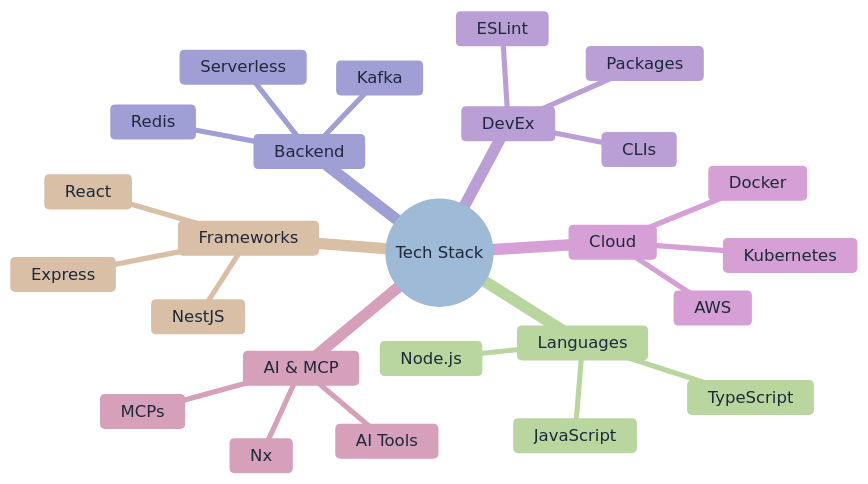
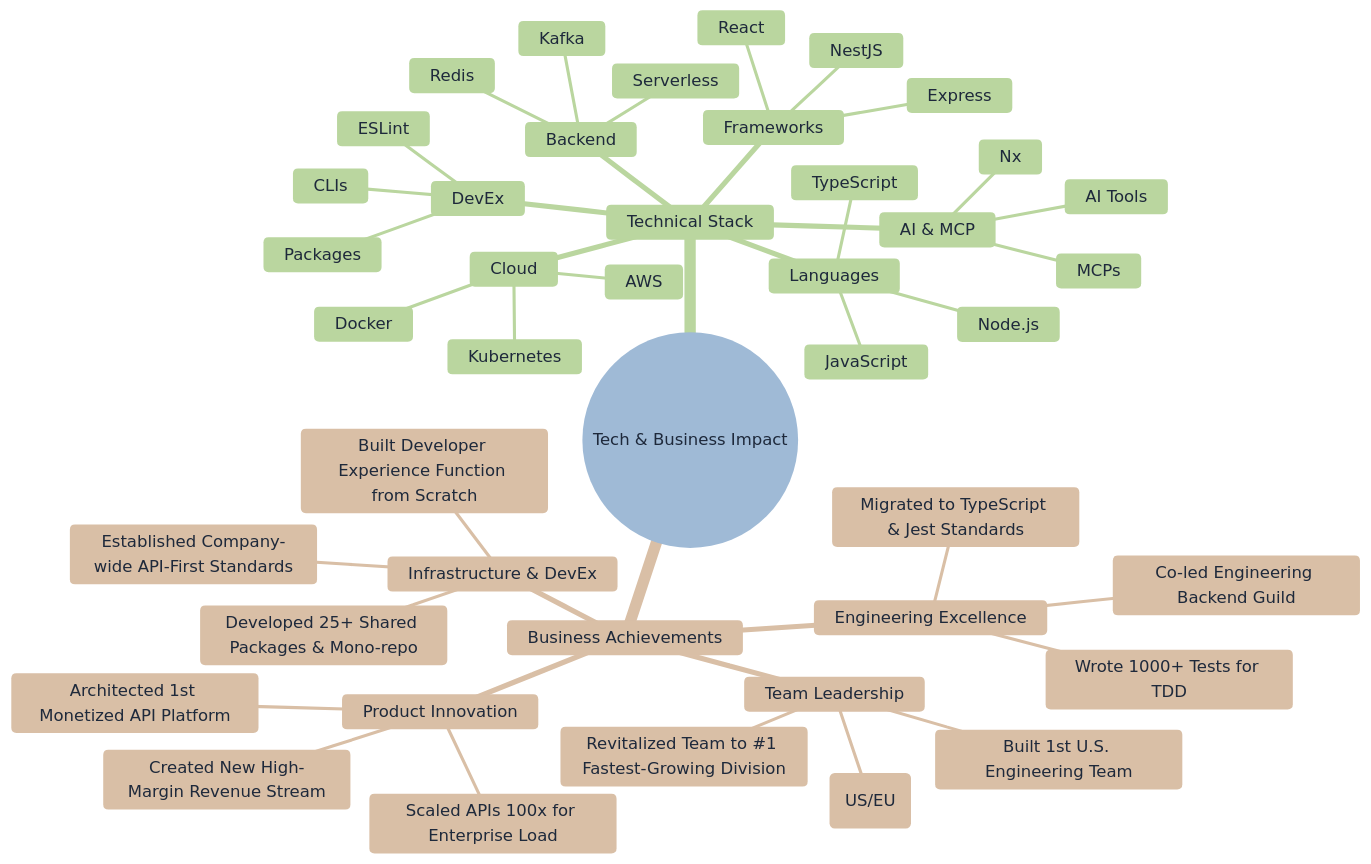
Before and after one commit to ofri-peretz/ofri-peretz: the diagram in README.md, drawn with Mermaid. The commit also changed other lines of this file, not shown here.

Commit message:
Add business achievements to tech stack diagram
- Expand mermaid diagram to show both technical skills and business impact
- Include key career achievements: team building, product innovation, infrastructure work
- Highlight measurable outcomes like 100x API scaling, 25+ packages, monetized platform
- Create comprehensive view of technical expertise and business leadership

````diff
--- a/README.md
+++ b/README.md
@@ -42,37 +42,55 @@
 ```mermaid
 %%{init: {
   'theme': 'base',
   'themeVariables': {
     'primaryColor': '#f8fafc',
     'primaryTextColor': '#1e293b',
     'primaryBorderColor': '#334155',
     'lineColor': '#475569'
   }
 }}%%
 mindmap
-  root((Tech Stack))
-    Languages
-      TypeScript
-      JavaScript
-      Node.js
-    Frameworks
-      React
-      Express
-      NestJS
-    Backend
-      Kafka
-      Redis
-      Serverless
-    DevEx
-      ESLint
-      Packages
-      CLIs
-    Cloud
-      AWS
-      Docker
-      Kubernetes
-    AI & MCP
-      AI Tools
-      MCPs
-      Nx
+  root((Tech & Business Impact))
+    Technical Stack
+      Languages
+        TypeScript
+        JavaScript
+        Node.js
+      Frameworks
+        React
+        Express
+        NestJS
+      Backend
+        Kafka
+        Redis
+        Serverless
+      DevEx
+        ESLint
+        Packages
+        CLIs
+      Cloud
+        AWS
+        Docker
+        Kubernetes
+      AI & MCP
+        AI Tools
+        MCPs
+        Nx
+    Business Achievements
+      Team Leadership
+        Built 1st U.S. Engineering Team
+        Leading Largest Distributed Team (US/EU)
+        Revitalized Team to #1 Fastest-Growing Division
+      Product Innovation
+        Architected 1st Monetized API Platform
+        Created New High-Margin Revenue Stream
+        Scaled APIs 100x for Enterprise Load
+      Infrastructure & DevEx
+        Built Developer Experience Function from Scratch
+        Developed 25+ Shared Packages & Mono-repo
+        Established Company-wide API-First Standards
+      Engineering Excellence
+        Migrated to TypeScript & Jest Standards
+        Wrote 1000+ Tests for TDD
+        Co-led Engineering Backend Guild
 ```
````
